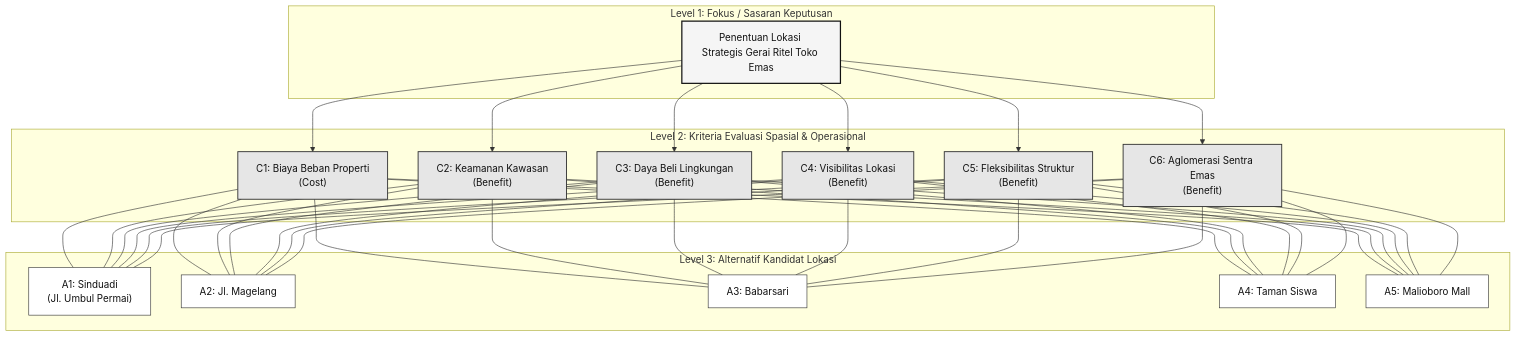
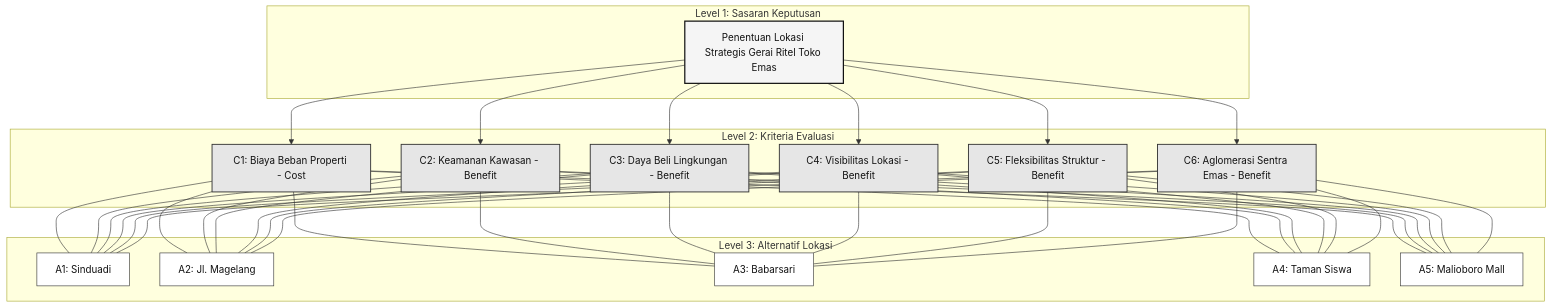
One commit to noveliahrlnd/spk-ahp-wp-ritel-emas changed the first of 3 diagrams in 03_Manuscript_Draft/Draft_Penggunaan_Gambar.md. Above: the diagram before and after it, drawn with Mermaid. The commit also changed other lines of this file and 24 other files, not shown here.

````diff
--- a/03_Manuscript_Draft/Draft_Penggunaan_Gambar.md
+++ b/03_Manuscript_Draft/Draft_Penggunaan_Gambar.md
@@ -28,35 +11,31 @@
 ```mermaid
 graph TD
     classDef level1 fill:#f5f5f5,stroke:#111111,stroke-width:2px,color:#111111;
     classDef level2 fill:#e6e6e6,stroke:#333333,stroke-width:1.5px,color:#111111;
     classDef level3 fill:#ffffff,stroke:#333333,stroke-width:1px,color:#111111;
-
-    subgraph L1 ["Level 1: Fokus / Sasaran Keputusan"]
-        Goal["Penentuan Lokasi Strategis Gerai Ritel Toko Emas"]:::level1
+    subgraph L1 [Level 1: Sasaran Keputusan]
+        Goal[Penentuan Lokasi Strategis Gerai Ritel Toko Emas]:::level1
     end
-
-    subgraph L2 ["Level 2: Kriteria Evaluasi Spasial & Operasional"]
-        C1["C1: Biaya Beban Properti<br>(Cost)"]:::level2
-        C2["C2: Keamanan Kawasan<br>(Benefit)"]:::level2
-        C3["C3: Daya Beli Lingkungan<br>(Benefit)"]:::level2
-        C4["C4: Visibilitas Lokasi<br>(Benefit)"]:::level2
-        C5["C5: Fleksibilitas Struktur<br>(Benefit)"]:::level2
-        C6["C6: Aglomerasi Sentra Emas<br>(Benefit)"]:::level2
+    subgraph L2 [Level 2: Kriteria Evaluasi]
+        C1[C1: Biaya Beban Properti - Cost]:::level2
+        C2[C2: Keamanan Kawasan - Benefit]:::level2
+        C3[C3: Daya Beli Lingkungan - Benefit]:::level2
+        C4[C4: Visibilitas Lokasi - Benefit]:::level2
+        C5[C5: Fleksibilitas Struktur - Benefit]:::level2
+        C6[C6: Aglomerasi Sentra Emas - Benefit]:::level2
     end
-
-    subgraph L3 ["Level 3: Alternatif Kandidat Lokasi"]
-        A1["A1: Sinduadi<br>(Jl. Umbul Permai)"]:::level3
-        A2["A2: Jl. Magelang"]:::level3
-        A3["A3: Babarsari"]:::level3
-        A4["A4: Taman Siswa"]:::level3
-        A5["A5: Malioboro Mall"]:::level3
+    subgraph L3 [Level 3: Alternatif Lokasi]
+        A1[A1: Sinduadi]:::level3
+        A2[A2: Jl. Magelang]:::level3
+        A3[A3: Babarsari]:::level3
+        A4[A4: Taman Siswa]:::level3
+        A5[A5: Malioboro Mall]:::level3
     end
-
     Goal --> C1 & C2 & C3 & C4 & C5 & C6
     C1 --- A1 & A2 & A3 & A4 & A5
     C2 --- A1 & A2 & A3 & A4 & A5
     C3 --- A1 & A2 & A3 & A4 & A5
     C4 --- A1 & A2 & A3 & A4 & A5
     C5 --- A1 & A2 & A3 & A4 & A5
     C6 --- A1 & A2 & A3 & A4 & A5
 ```
````
